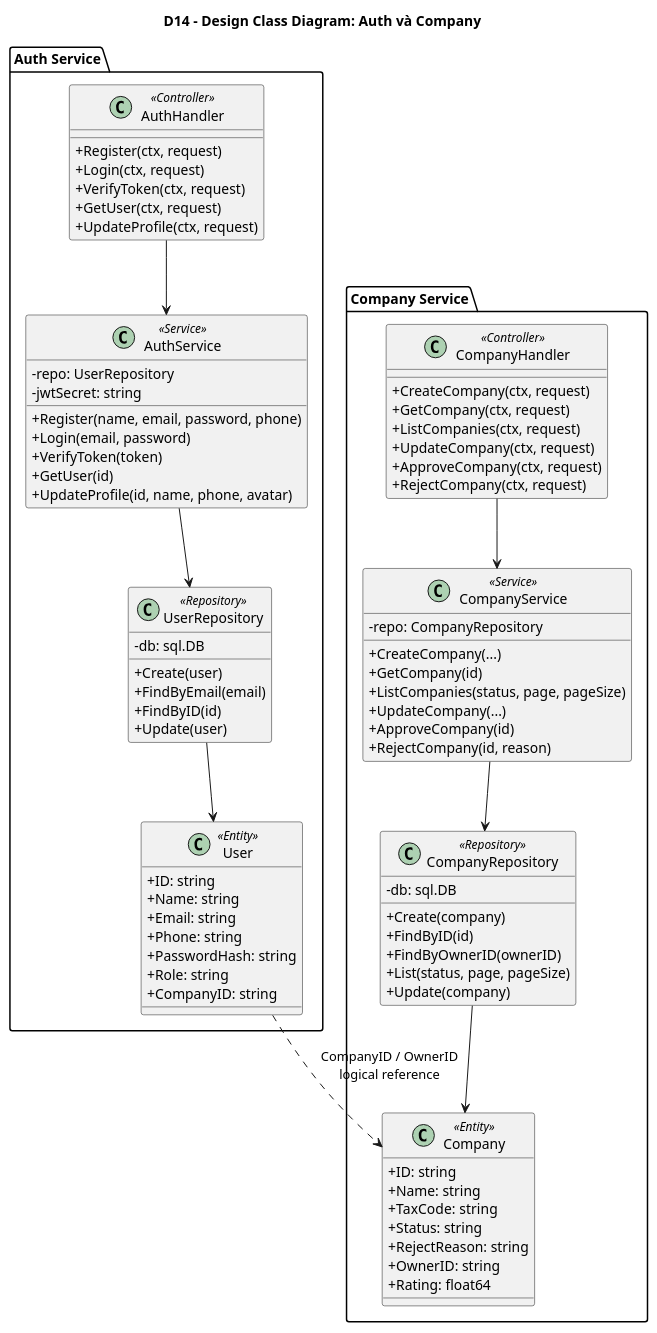
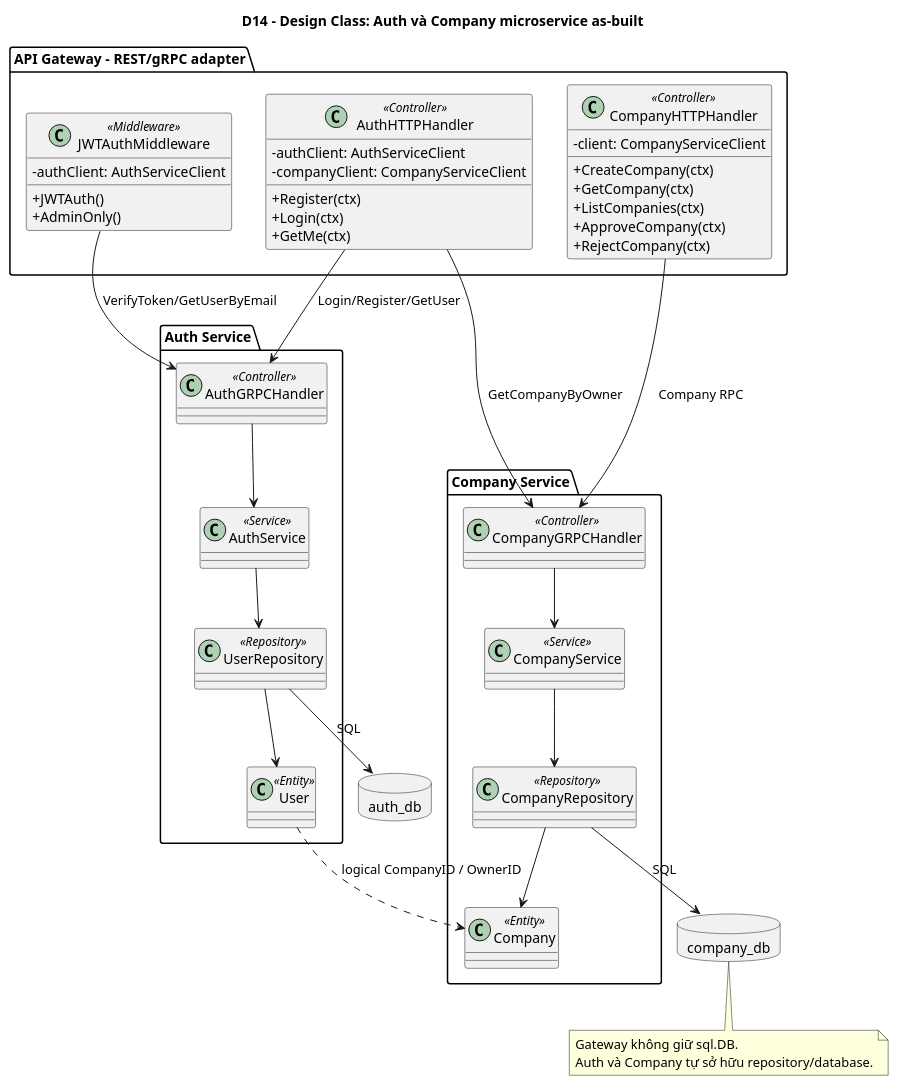
The diagram in project-submission/04-diagrams/chapter-04-design/D14-auth-company-design-class.puml (NguyetNgaLe/Circular-Materials-Exchange), drawn with PlantUML before and after one commit. The commit also changed other lines of this file and 129 other files, not shown here.

```diff
--- a/project-submission/04-diagrams/chapter-04-design/D14-auth-company-design-class.puml
+++ b/project-submission/04-diagrams/chapter-04-design/D14-auth-company-design-class.puml
@@ -1,90 +1,66 @@
 @startuml
-title D14 - Design Class Diagram: Auth và Company
+allowmixing
+title D14 - Design Class: Auth và Company microservice as-built
 skinparam classAttributeIconSize 0
 
-package "Auth Service" {
-  class AuthHandler <<Controller>> {
-    +Register(ctx, request)
-    +Login(ctx, request)
-    +VerifyToken(ctx, request)
-    +GetUser(ctx, request)
-    +UpdateProfile(ctx, request)
+package "API Gateway - REST/gRPC adapter" {
+  class JWTAuthMiddleware <<Middleware>> {
+    -authClient: AuthServiceClient
+    +JWTAuth()
+    +AdminOnly()
   }
 
-  class AuthService <<Service>> {
-    -repo: UserRepository
-    -jwtSecret: string
-    +Register(name, email, password, phone)
-    +Login(email, password)
-    +VerifyToken(token)
-    +GetUser(id)
-    +UpdateProfile(id, name, phone, avatar)
+  class AuthHTTPHandler <<Controller>> {
+    -authClient: AuthServiceClient
+    -companyClient: CompanyServiceClient
+    +Register(ctx)
+    +Login(ctx)
+    +GetMe(ctx)
   }
 
-  class UserRepository <<Repository>> {
-    -db: sql.DB
-    +Create(user)
-    +FindByEmail(email)
-    +FindByID(id)
-    +Update(user)
-  }
-
-  class User <<Entity>> {
-    +ID: string
-    +Name: string
-    +Email: string
-    +Phone: string
-    +PasswordHash: string
-    +Role: string
-    +CompanyID: string
+  class CompanyHTTPHandler <<Controller>> {
+    -client: CompanyServiceClient
+    +CreateCompany(ctx)
+    +GetCompany(ctx)
+    +ListCompanies(ctx)
+    +ApproveCompany(ctx)
+    +RejectCompany(ctx)
   }
 }
 
-package "Company Service" {
-  class CompanyHandler <<Controller>> {
-    +CreateCompany(ctx, request)
-    +GetCompany(ctx, request)
-    +ListCompanies(ctx, request)
-    +UpdateCompany(ctx, request)
-    +ApproveCompany(ctx, request)
-    +RejectCompany(ctx, request)
-  }
-
-  class CompanyService <<Service>> {
-    -repo: CompanyRepository
-    +CreateCompany(...)
-    +GetCompany(id)
-    +ListCompanies(status, page, pageSize)
-    +UpdateCompany(...)
-    +ApproveCompany(id)
-    +RejectCompany(id, reason)
-  }
-
-  class CompanyRepository <<Repository>> {
-    -db: sql.DB
-    +Create(company)
-    +FindByID(id)
-    +FindByOwnerID(ownerID)
-    +List(status, page, pageSize)
-    +Update(company)
-  }
-
-  class Company <<Entity>> {
-    +ID: string
-    +Name: string
-    +TaxCode: string
-    +Status: string
-    +RejectReason: string
-    +OwnerID: string
-    +Rating: float64
-  }
+package "Auth Service" {
+  class AuthGRPCHandler <<Controller>>
+  class AuthService <<Service>>
+  class UserRepository <<Repository>>
+  class User <<Entity>>
+  AuthGRPCHandler --> AuthService
+  AuthService --> UserRepository
+  UserRepository --> User
 }
 
-AuthHandler --> AuthService
-AuthService --> UserRepository
-UserRepository --> User
-CompanyHandler --> CompanyService
-CompanyService --> CompanyRepository
-CompanyRepository --> Company
-User ..> Company : CompanyID / OwnerID\nlogical reference
+package "Company Service" {
+  class CompanyGRPCHandler <<Controller>>
+  class CompanyService <<Service>>
+  class CompanyRepository <<Repository>>
+  class Company <<Entity>>
+  CompanyGRPCHandler --> CompanyService
+  CompanyService --> CompanyRepository
+  CompanyRepository --> Company
+}
+
+database "auth_db" as AuthDB
+database "company_db" as CompanyDB
+
+JWTAuthMiddleware --> AuthGRPCHandler : VerifyToken/GetUserByEmail
+AuthHTTPHandler --> AuthGRPCHandler : Login/Register/GetUser
+AuthHTTPHandler --> CompanyGRPCHandler : GetCompanyByOwner
+CompanyHTTPHandler --> CompanyGRPCHandler : Company RPC
+UserRepository --> AuthDB : SQL
+CompanyRepository --> CompanyDB : SQL
+User ..> Company : logical CompanyID / OwnerID
+
+note bottom
+  Gateway không giữ sql.DB.
+  Auth và Company tự sở hữu repository/database.
+end note
 @enduml
```
